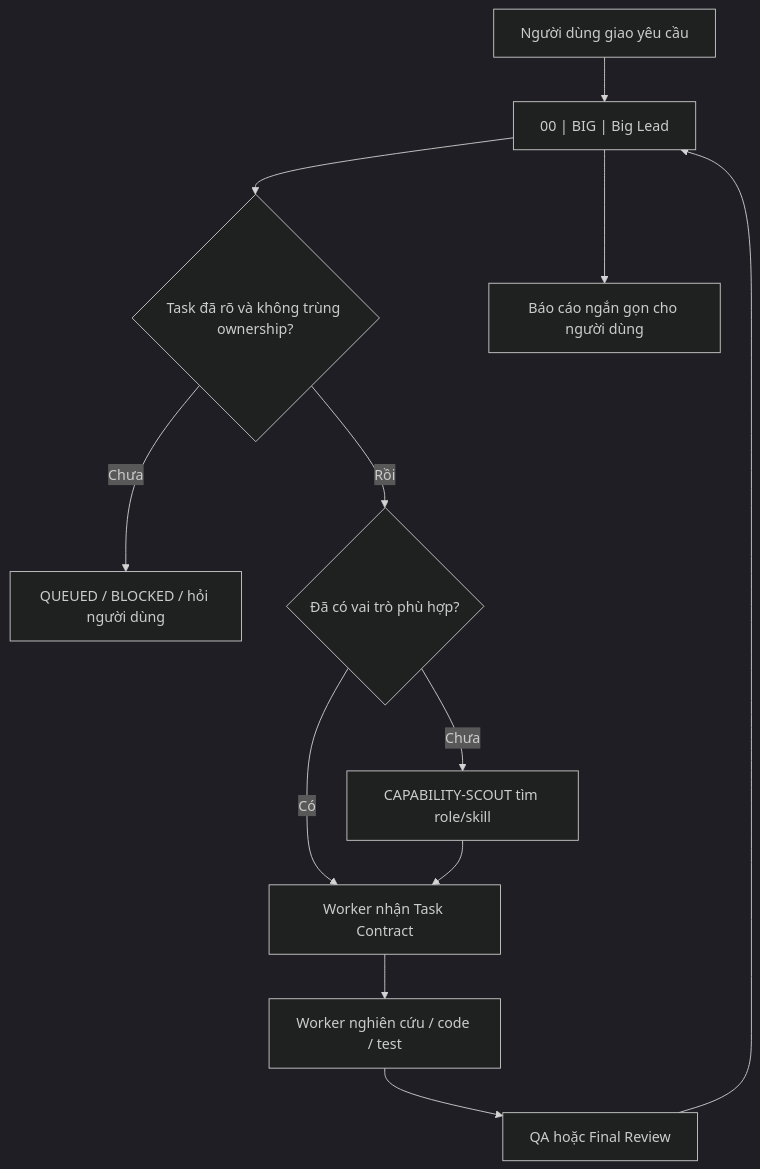
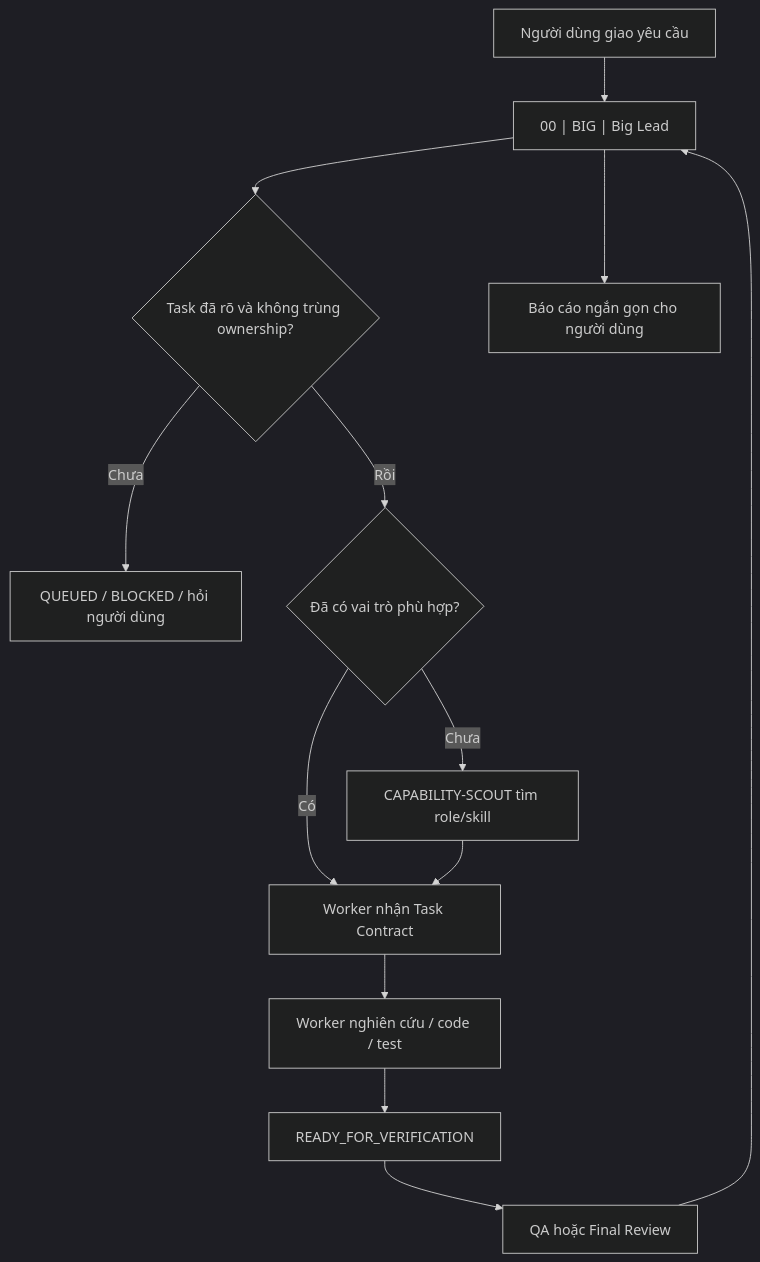
The diagram in README.md (TINVO04/codex-agent-team-lead), drawn with Mermaid (dark theme) before and after one commit. The commit also changed other lines of this file and 14 other files, not shown here.

````diff
--- a/README.md
+++ b/README.md
@@ -87,14 +95,15 @@
 ```mermaid
 flowchart TD
     U["Người dùng giao yêu cầu"] --> B["00 | BIG | Big Lead"]
     B --> T{"Task đã rõ và không trùng ownership?"}
     T -- "Chưa" --> Q["QUEUED / BLOCKED / hỏi người dùng"]
     T -- "Rồi" --> R{"Đã có vai trò phù hợp?"}
     R -- "Có" --> W["Worker nhận Task Contract"]
     R -- "Chưa" --> C["CAPABILITY-SCOUT tìm role/skill"]
     C --> W
     W --> E["Worker nghiên cứu / code / test"]
-    E --> V["QA hoặc Final Review"]
+    E --> F["READY_FOR_VERIFICATION"]
+    F --> V["QA hoặc Final Review"]
     V --> B
     B --> O["Báo cáo ngắn gọn cho người dùng"]
 ```
````
